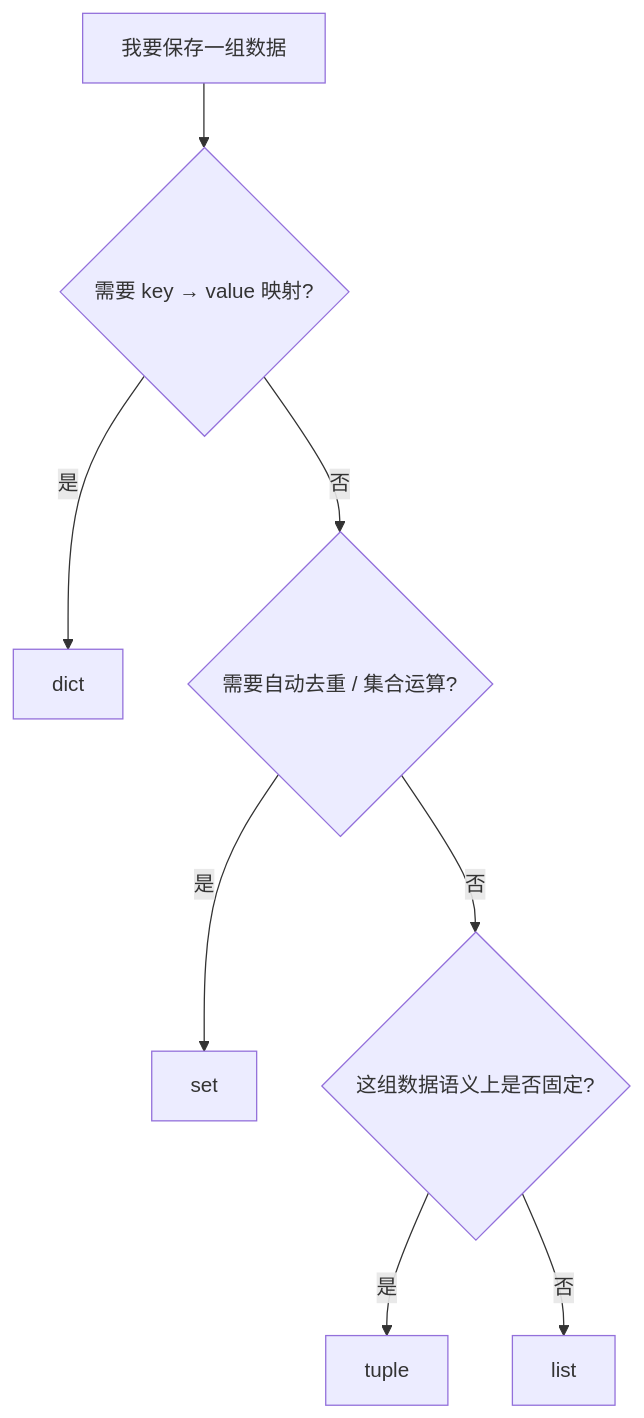
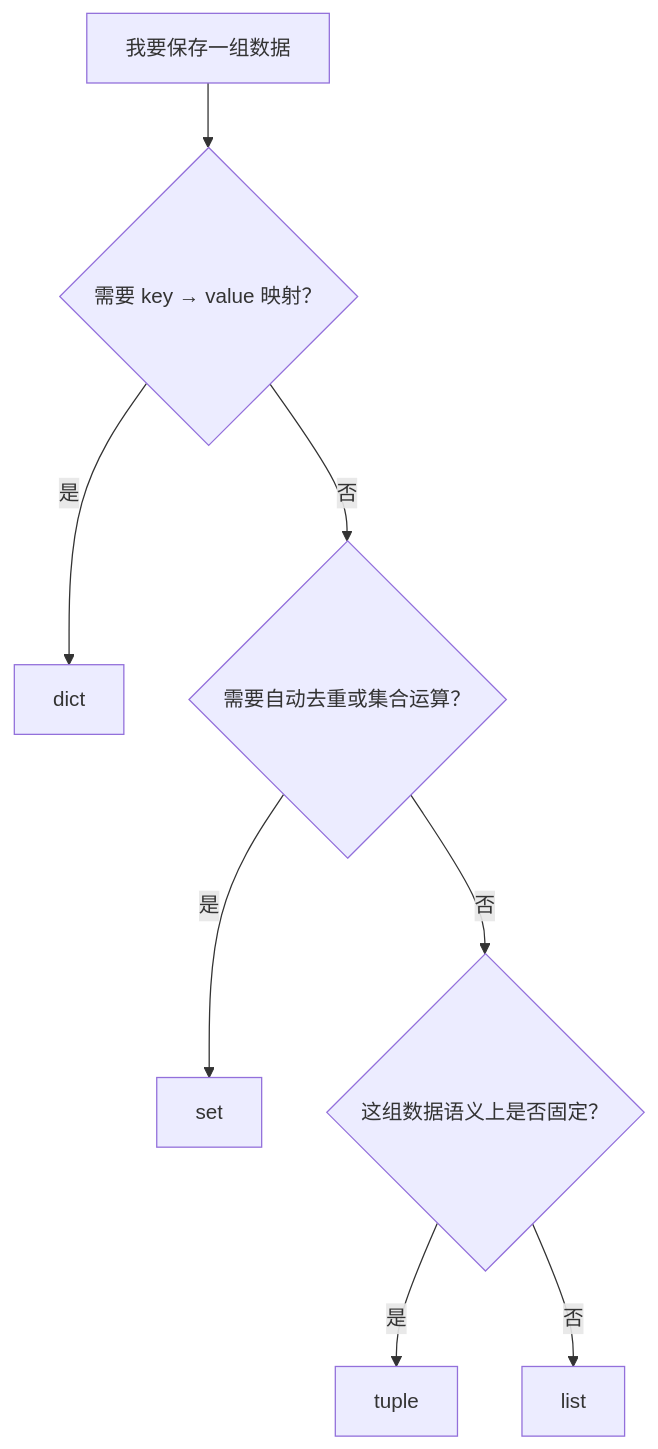
Before and after one commit to studyzhige-ui/python-interview-handbook: the first of 2 diagrams in review/02-核心数据类型与容器-图解与自测.md, drawn with Mermaid. The commit also changed other lines of this file and 11 other files, not shown here.

First line of the commit message:
fix: repair Mermaid rendering across review chapters

````diff
--- a/review/02-核心数据类型与容器-图解与自测.md
+++ b/review/02-核心数据类型与容器-图解与自测.md
@@ -7,10 +7,10 @@
 ```mermaid
 flowchart TD
-    A[我要保存一组数据] --> B{需要 key → value 映射?}
-    B -- 是 --> D[dict]
-    B -- 否 --> C{需要自动去重 / 集合运算?}
-    C -- 是 --> S[set]
-    C -- 否 --> E{这组数据语义上是否固定?}
-    E -- 是 --> T[tuple]
-    E -- 否 --> L[list]
+    A["我要保存一组数据"] --> B{"需要 key → value 映射？"}
+    B -->|是| D["dict"]
+    B -->|否| C{"需要自动去重或集合运算？"}
+    C -->|是| S["set"]
+    C -->|否| E{"这组数据语义上是否固定？"}
+    E -->|是| T["tuple"]
+    E -->|否| L["list"]
 ```
````
